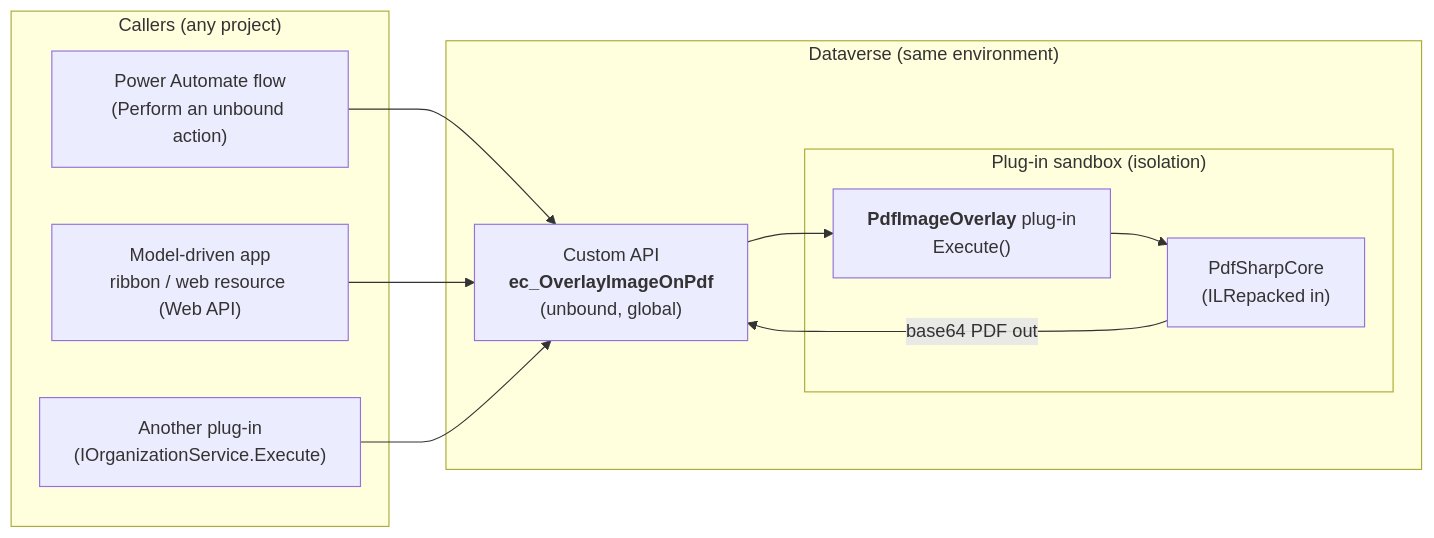
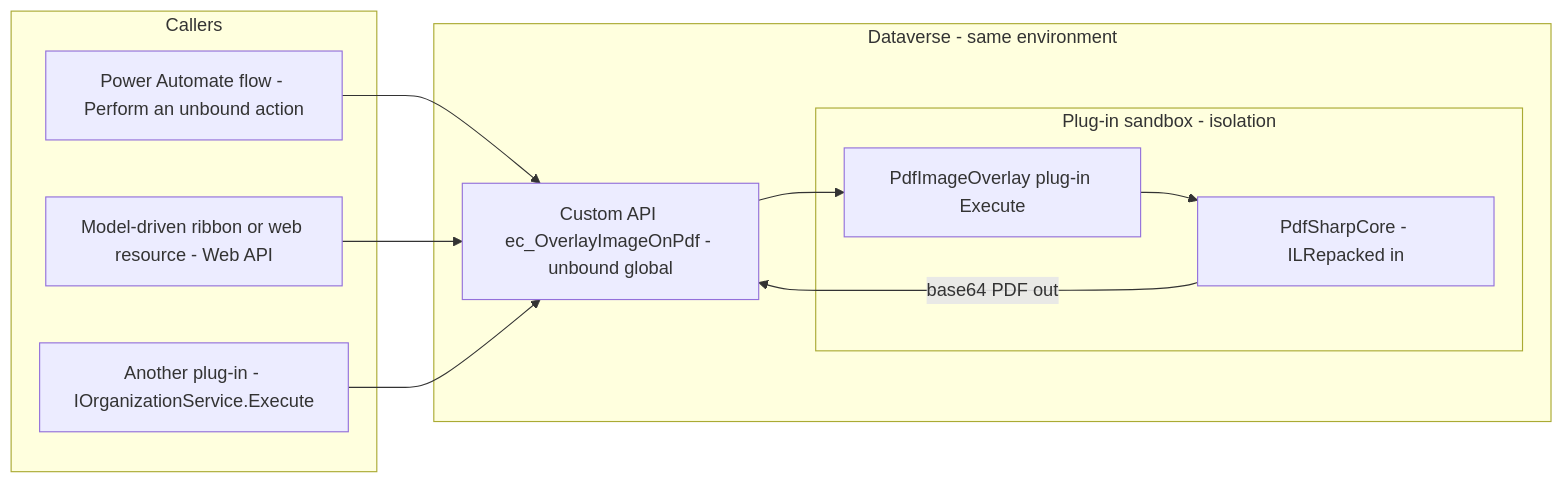
Before and after one commit to Cloudstrucc/nintex-dataverse: the first of 2 diagrams in solutions/docs/pdf-overlay-plugin/README.md, drawn with Mermaid. The commit also changed other lines of this file and 1 other file, not shown here.

Commit message:
Docs: fix mermaid syntax (remove quotes in edge labels, parens/br in node text)
Mermaid parse errors came from quoted edge labels, parentheses inside node text,
and <br/>/braces inside sequence messages. Simplified all three diagrams to
plain labels so they render.

````diff
--- a/solutions/docs/pdf-overlay-plugin/README.md
+++ b/solutions/docs/pdf-overlay-plugin/README.md
@@ -53,22 +53,22 @@
 ```mermaid
 flowchart LR
-  subgraph Callers["Callers (any project)"]
-    FLOW["Power Automate flow<br/>(Perform an unbound action)"]
-    JS["Model-driven app<br/>ribbon / web resource (Web API)"]
-    PLG["Another plug-in<br/>(IOrganizationService.Execute)"]
+  subgraph Callers
+    FLOW["Power Automate flow - Perform an unbound action"]
+    JS["Model-driven ribbon or web resource - Web API"]
+    PLG["Another plug-in - IOrganizationService.Execute"]
   end
 
-  subgraph DV["Dataverse (same environment)"]
-    API["Custom API<br/><b>ec_OverlayImageOnPdf</b><br/>(unbound, global)"]
-    subgraph SBX["Plug-in sandbox (isolation)"]
-      P["<b>PdfImageOverlay</b> plug-in<br/>Execute()"]
-      LIB["PdfSharpCore<br/>(ILRepacked in)"]
+  subgraph DV["Dataverse - same environment"]
+    API["Custom API ec_OverlayImageOnPdf - unbound global"]
+    subgraph SBX["Plug-in sandbox - isolation"]
+      P["PdfImageOverlay plug-in Execute"]
+      LIB["PdfSharpCore - ILRepacked in"]
     end
     API --> P --> LIB
   end
 
   FLOW --> API
   JS --> API
   PLG --> API
-  LIB -- "base64 PDF out" --> API
+  LIB -->|base64 PDF out| API
 ```
````
